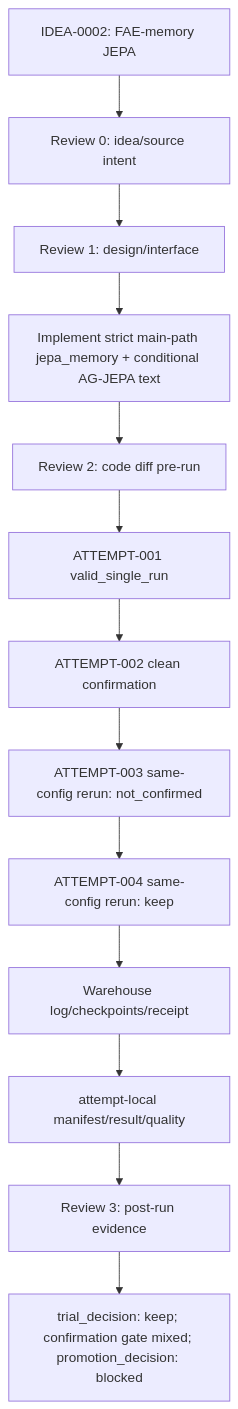
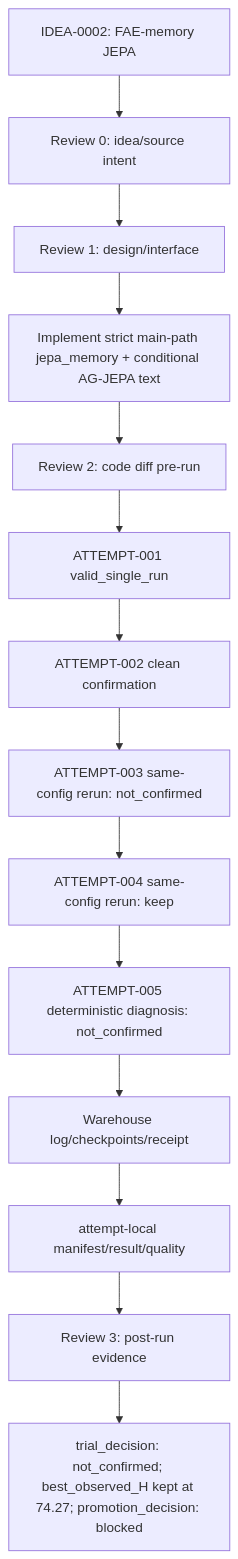
Before and after one commit to GetlotMoney/GTPJ: the diagram in experiments/module_trials/IDEA-0002_fae_memory_jepa/TRIAL-002_strict_conditional_jepa/README.md, drawn with Mermaid. The commit also changed other lines of this file and 16 other files, not shown here.

Commit message:
exp: record trial 002 attempt 005 repro diagnosis

````diff
--- a/experiments/module_trials/IDEA-0002_fae_memory_jepa/TRIAL-002_strict_conditional_jepa/README.md
+++ b/experiments/module_trials/IDEA-0002_fae_memory_jepa/TRIAL-002_strict_conditional_jepa/README.md
@@ -80,15 +82,16 @@
 ```mermaid
 flowchart TD
   Idea["IDEA-0002: FAE-memory JEPA"] --> R0["Review 0: idea/source intent"]
   R0 --> R1["Review 1: design/interface"]
   R1 --> Impl["Implement strict main-path jepa_memory + conditional AG-JEPA text"]
   Impl --> R2["Review 2: code diff pre-run"]
   R2 --> A1["ATTEMPT-001 valid_single_run"]
   A1 --> A2["ATTEMPT-002 clean confirmation"]
   A2 --> A3["ATTEMPT-003 same-config rerun: not_confirmed"]
   A3 --> A4["ATTEMPT-004 same-config rerun: keep"]
-  A4 --> Warehouse["Warehouse log/checkpoints/receipt"]
+  A4 --> A5["ATTEMPT-005 deterministic diagnosis: not_confirmed"]
+  A5 --> Warehouse["Warehouse log/checkpoints/receipt"]
   Warehouse --> Attempt["attempt-local manifest/result/quality"]
   Attempt --> R3["Review 3: post-run evidence"]
-  R3 --> Decision["trial_decision: keep; confirmation gate mixed; promotion_decision: blocked"]
+  R3 --> Decision["trial_decision: not_confirmed; best_observed_H kept at 74.27; promotion_decision: blocked"]
 ```
````
